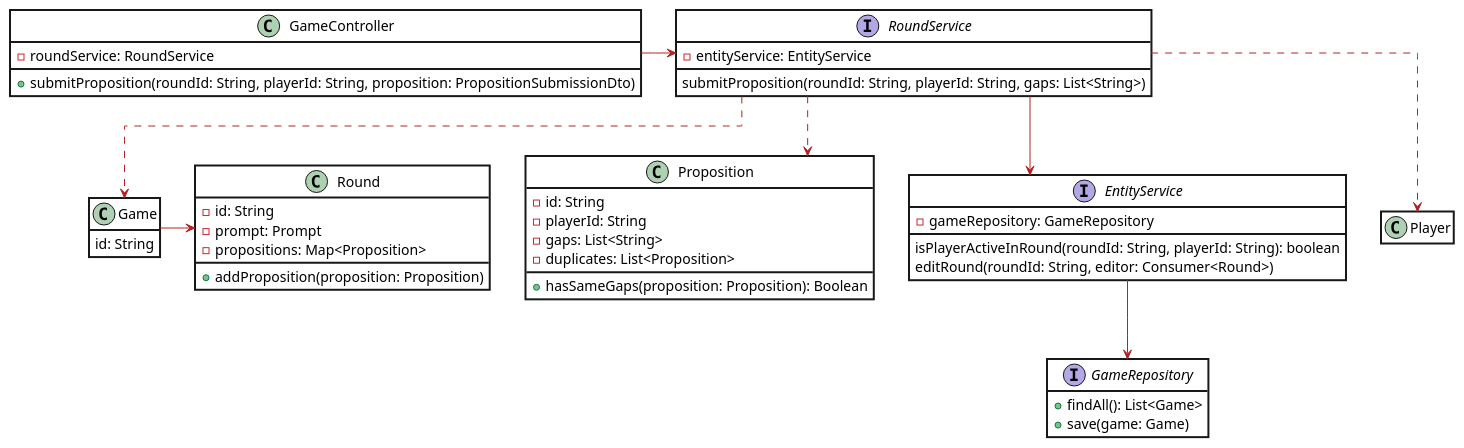
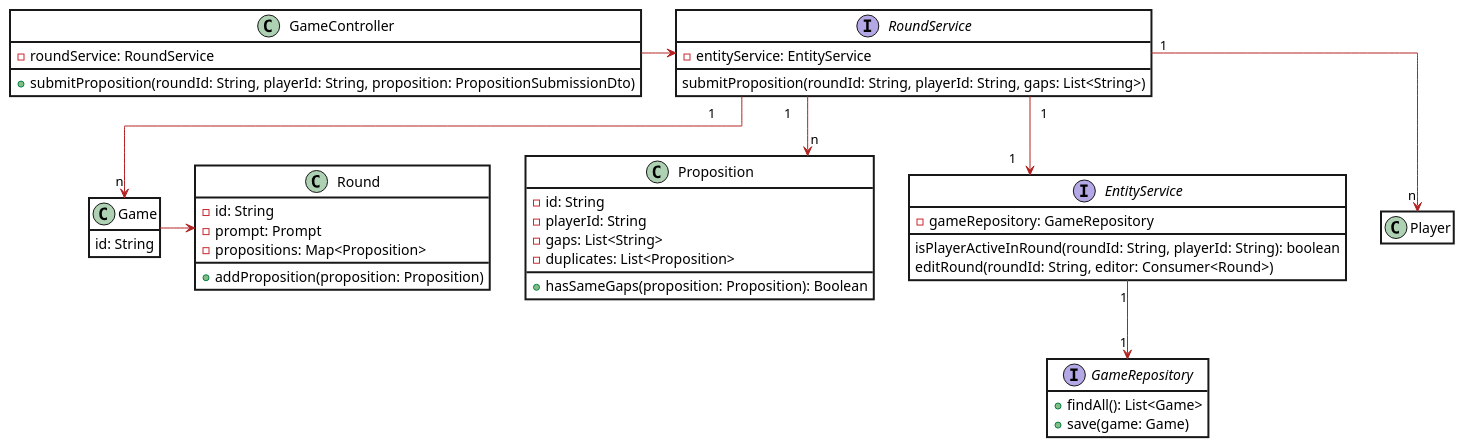
The diagram in docs/diagrams/DCD_submit_promosition.plantuml (patrickwinti/worldwidewalter), drawn with PlantUML before and after one commit. The commit also changed 6 other files, not shown here.

```diff
--- a/docs/diagrams/DCD_submit_promosition.plantuml
+++ b/docs/diagrams/DCD_submit_promosition.plantuml
@@ -1,60 +1,60 @@
 @startuml
 skinparam class {
     BackgroundColor white
     ArrowColor Firebrick
     BorderThickness 2
 }
 skinparam Note{
     BorderColor #FFD966
     BackgroundColor #FFD966
 }
 skinparam roundcorner 0
 skinparam packagestyle Frame
 hide empty members
 skinparam linetype ortho
 
 class GameController {
     -roundService: RoundService
     +submitProposition(roundId: String, playerId: String, proposition: PropositionSubmissionDto)
 }
 class Game {
     id: String
 }
 class Proposition{
     -id: String
     -playerId: String
     -gaps: List<String>
     -duplicates: List<Proposition>
     +hasSameGaps(proposition: Proposition): Boolean
 }
 class Round {
      -id: String
      -prompt: Prompt
      -propositions: Map<Proposition>
      +addProposition(proposition: Proposition)
 }
 interface RoundService{
     -entityService: EntityService
     submitProposition(roundId: String, playerId: String, gaps: List<String>)
 }
 interface EntityService{
    -gameRepository: GameRepository
     isPlayerActiveInRound(roundId: String, playerId: String): boolean
     editRound(roundId: String, editor: Consumer<Round>)
 }
 interface GameRepository {
     +findAll(): List<Game>
     +save(game: Game)
 }
 
 GameController -> RoundService
 
-RoundService ..> Game
-RoundService ..> Player
-RoundService ..> Proposition
-RoundService --> EntityService
+RoundService "1"-->"n"  Game
+RoundService "1"-->"n"  Player
+RoundService "1"-->"n"  Proposition
+RoundService "1"-->"1" EntityService
 
-EntityService --> GameRepository
+EntityService "1"-->"1" GameRepository
 
 Game -> Round
 @enduml
```
